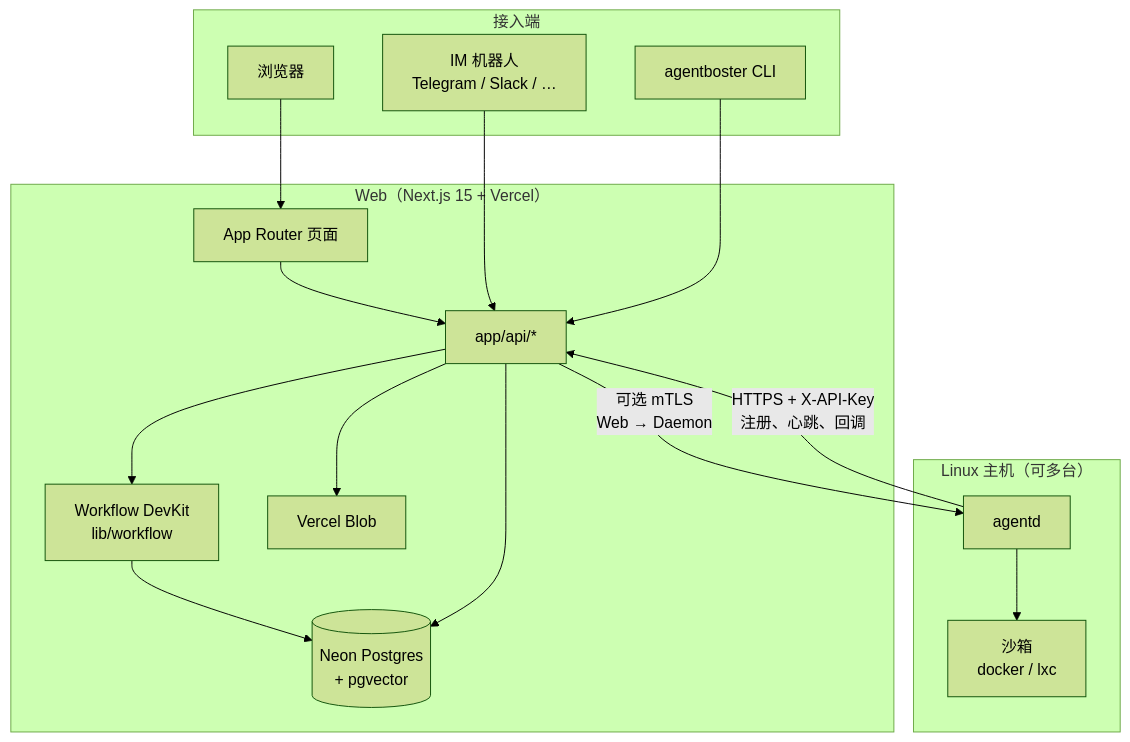
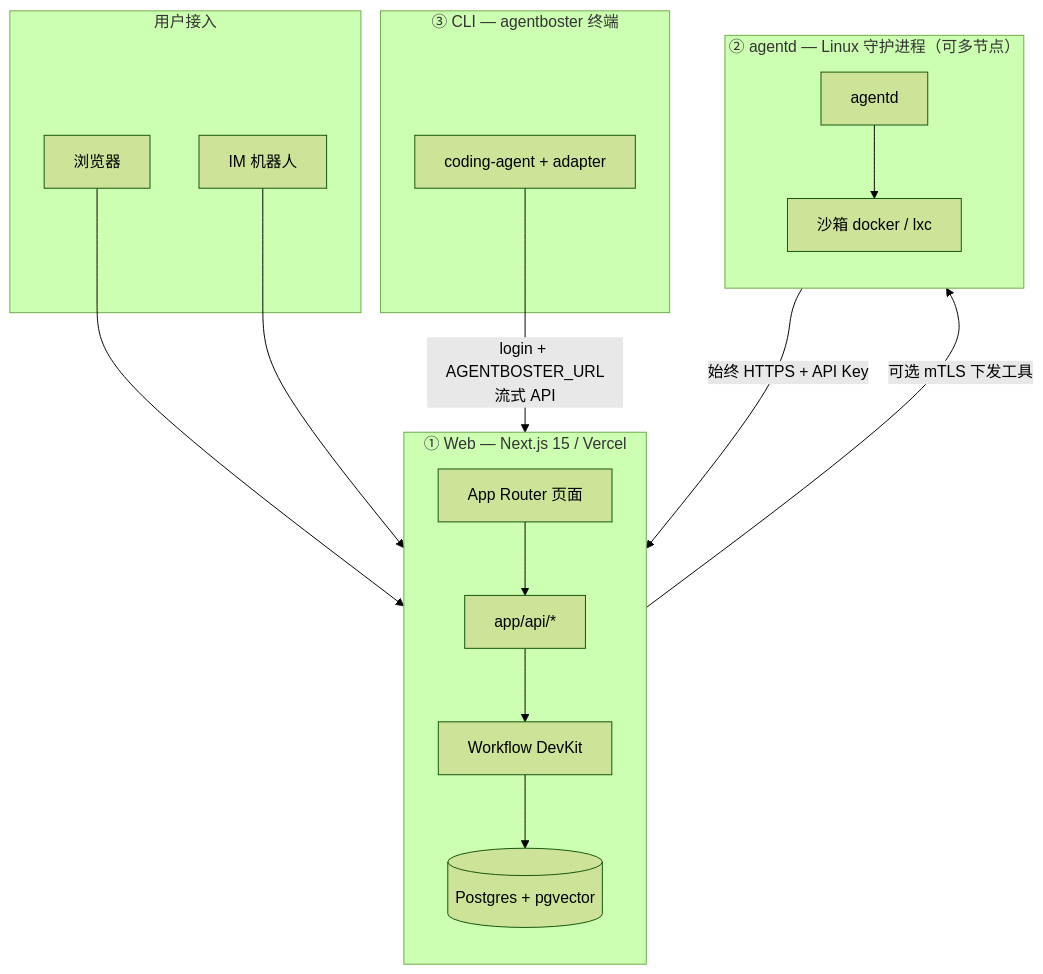
Before and after one commit to NekoSekaiMoe/agentboster: the first of 4 diagrams in README.md, drawn with Mermaid (forest theme). The commit also changed other lines of this file and 5 other files, not shown here.

````diff
--- a/README.md
+++ b/README.md
@@ -33,34 +33,34 @@
 ```mermaid
 flowchart TB
-  subgraph clients["接入端"]
-    Browser["浏览器"]
-    IM["IM 机器人\nTelegram / Slack / …"]
-    CLI["agentboster CLI"]
+  subgraph tier1["① Web — Next.js 15 / Vercel"]
+    direction TB
+    UI["App Router 页面"]
+    API["app/api/*"]
+    WF["Workflow DevKit"]
+    DB[("Postgres + pgvector")]
+    UI --> API --> WF --> DB
   end
 
-  subgraph vercel["Web（Next.js 15 + Vercel）"]
-    UI["App Router 页面"]
-    API["app/api/*"]
-    WF["Workflow DevKit\nlib/workflow"]
-    DB[("Neon Postgres\n+ pgvector")]
-    Blob["Vercel Blob"]
-    UI --> API
-    API --> WF
-    WF --> DB
-    API --> DB
-    API --> Blob
+  subgraph tier2["② agentd — Linux 守护进程（可多节点）"]
+    direction TB
+    AD["agentd"]
+    SB["沙箱 docker / lxc"]
+    AD --> SB
   end
 
-  subgraph linux["Linux 主机（可多台）"]
-    AD["agentd"]
-    SB["沙箱\ndocker / lxc"]
-    AD --> SB
+  subgraph tier3["③ CLI — agentboster 终端"]
+    CLI["coding-agent + adapter"]
+  end
+
+  subgraph clients["用户接入"]
+    Browser["浏览器"]
+    IM["IM 机器人"]
   end
 
   Browser --> UI
   IM --> API
-  CLI --> API
+  CLI -->|"login + AGENTBOSTER_URL\n流式 API"| API
 
-  AD -->|"HTTPS + X-API-Key\n注册、心跳、回调"| API
-  API -->|"可选 mTLS\nWeb → Daemon"| AD
+  AD -->|"始终 HTTPS + API Key"| API
+  API -->|"可选 mTLS 下发工具"| AD
 ```
````
